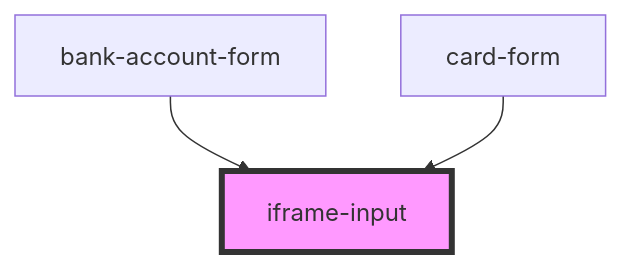
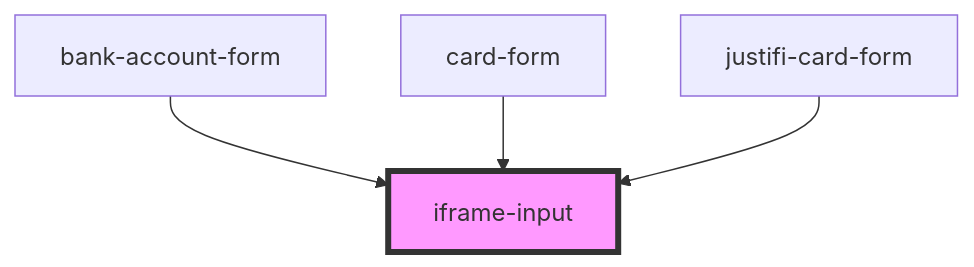
Before and after one commit to justifi-tech/web-component-library: the diagram in packages/webcomponents/src/ui-components/form/readme.md, drawn with Mermaid. The commit also changed other lines of this file and 4 other files, not shown here.

Commit message:
Add JustifiCardForm and CardFormSkeleton components; update modular checkout example

````diff
--- a/packages/webcomponents/src/ui-components/form/readme.md
+++ b/packages/webcomponents/src/ui-components/form/readme.md
@@ -61,6 +62,7 @@
 ```mermaid
 graph TD;
   bank-account-form --> iframe-input
   card-form --> iframe-input
+  justifi-card-form --> iframe-input
   style iframe-input fill:#f9f,stroke:#333,stroke-width:4px
 ```
````
